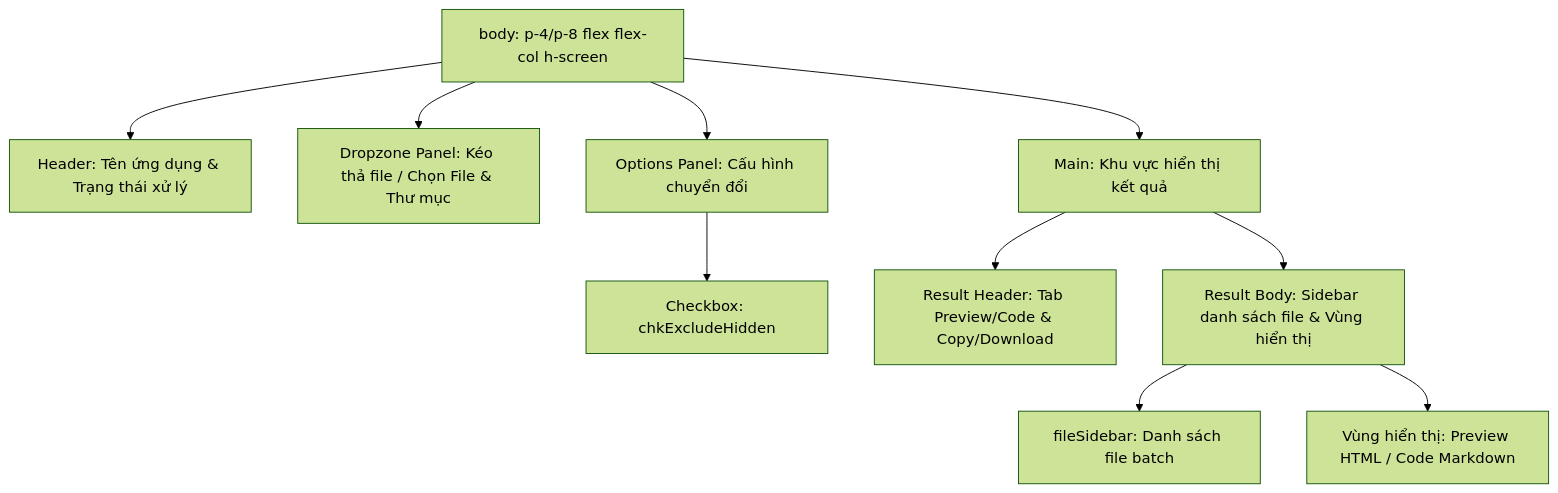
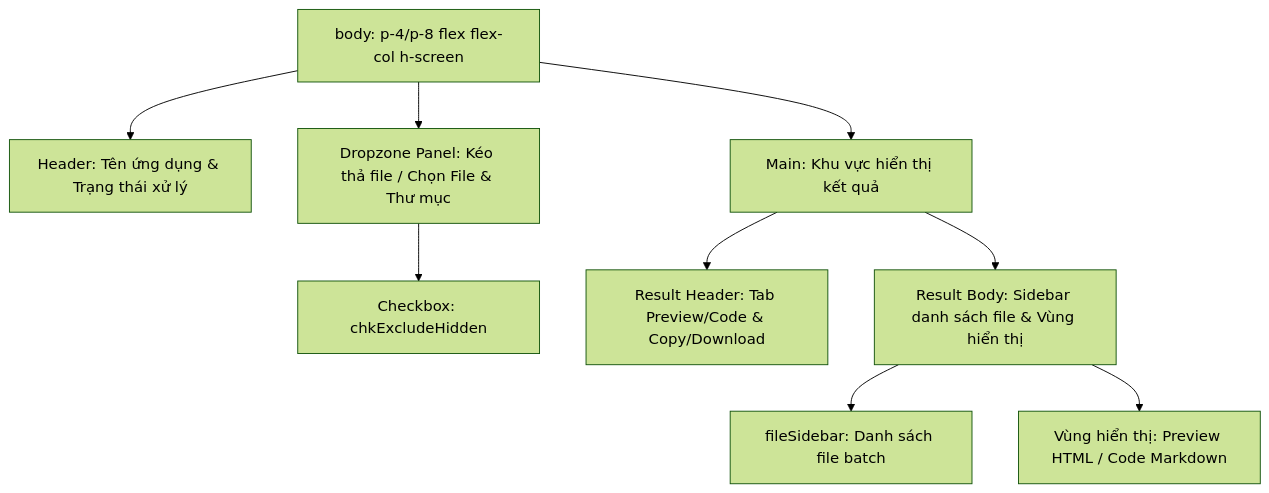
Before and after one commit to huychiendev/office-md: the first of 2 diagrams in structure/index_structure.md, drawn with Mermaid (forest theme). The commit also changed 1 other file, not shown here.

Commit message:
feat: add web interface and project documentation for office-to-markdown converter

````diff
--- a/structure/index_structure.md
+++ b/structure/index_structure.md
@@ -7,15 +7,14 @@
 ```mermaid
 graph TD
     body[body: p-4/p-8 flex flex-col h-screen] --> header[Header: Tên ứng dụng & Trạng thái xử lý]
     body --> dropzone[Dropzone Panel: Kéo thả file / Chọn File & Thư mục]
-    body --> options[Options Panel: Cấu hình chuyển đổi]
     body --> main[Main: Khu vực hiển thị kết quả]
     
-    options --> chkExcludeHidden[Checkbox: chkExcludeHidden]
+    dropzone --> chkExcludeHidden[Checkbox: chkExcludeHidden]
     
     main --> result_header[Result Header: Tab Preview/Code & Copy/Download]
     main --> result_body[Result Body: Sidebar danh sách file & Vùng hiển thị]
     
     result_body --> fileSidebar[fileSidebar: Danh sách file batch]
     result_body --> viewArea[Vùng hiển thị: Preview HTML / Code Markdown]
 ```
````
